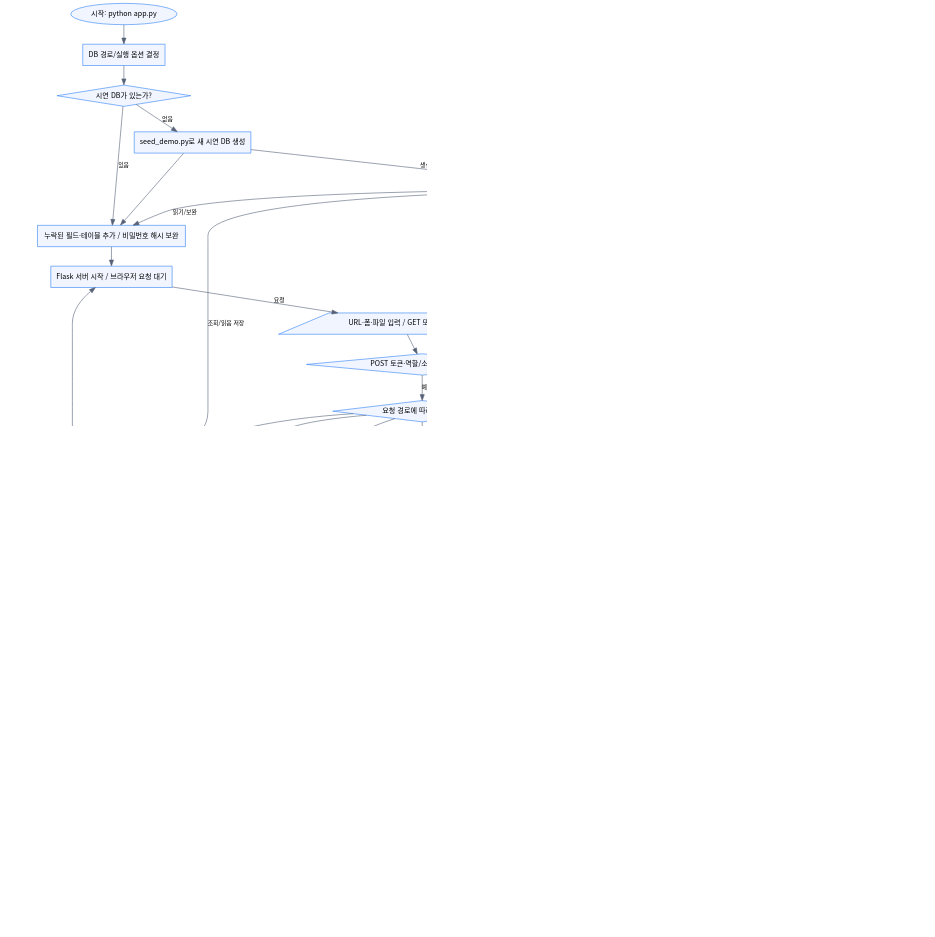
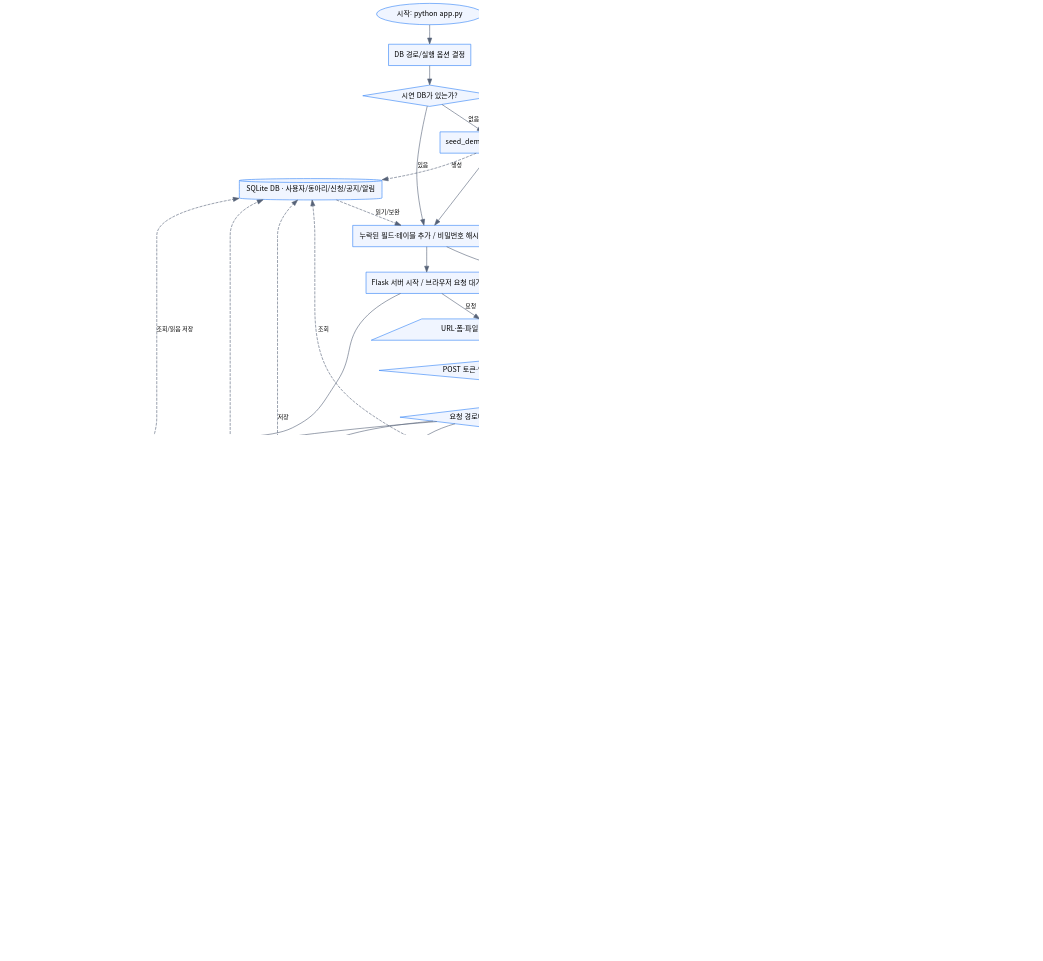
The diagram in projects/kdu-club/submission/01_flowchart/flowchart.dot (jongjong123alt/testest), drawn with Graphviz before and after one commit. The commit also changed 7 other files, not shown here.

Commit message:
Clarify flowchart data links and startup error paths

```diff
--- a/projects/kdu-club/submission/01_flowchart/flowchart.dot
+++ b/projects/kdu-club/submission/01_flowchart/flowchart.dot
@@ -1,81 +1,88 @@
 digraph flow {
+graph [label="실선: 제어 흐름 / 점선: 데이터 조회·저장",fontname="Noto Sans CJK KR",fontsize=14,labelloc=b];
 graph [rankdir=TB,bgcolor="white",nodesep=0.35,ranksep=0.45,dpi=160];
 node [fontname="Noto Sans CJK KR",fontsize=12,style="filled",fillcolor="#F0F5FF",color="#3182F6",margin="0.12,0.08"];
 edge [fontname="Noto Sans CJK KR",fontsize=10,color="#566277"];
 S [label="시작: python app.py",shape=oval];
 D [label="DB 경로/실행 옵션 결정",shape=box];
 E [label="시연 DB가 있는가?",shape=diamond];
 SE [label="seed_demo.py로 새 시연 DB 생성",shape=box];
 DB [label="SQLite DB · 사용자/동아리/신청/공지/알림",shape=cylinder];
 MG [label="누락된 필드·테이블 추가 / 비밀번호 해시 보완",shape=box];
 RUN [label="Flask 서버 시작 / 브라우저 요청 대기",shape=box];
 IN [label="URL·폼·파일 입력 / GET 또는 POST",shape=parallelogram];
 CS [label="POST 토큰·역할/소유자 권한 유효?",shape=diamond];
 ERR [label="400/403/404/409/413 오류 또는 입력 오류 안내",shape=parallelogram];
 MENU [label="요청 경로에 따라 기능 선택",shape=diamond];
 LOGIN [label="로그인/회원가입: 입력 검증·비밀번호 해시 확인",shape=box];
 ROLE [label="로그인 성공? / 학생·교수 역할 구분",shape=diamond];
 ST [label="학생: 탐색·내 활동·알림",shape=box];
 PR [label="교수: 개설 신청 검토",shape=box];
 SEARCH [label="목록·상세: 검색/필터·찜·일정·질문 조회",shape=box];
 APPLY [label="가입 신청/취소: 모집 중·중복·대기 여부 검사",shape=box];
 CREATE [label="개설/재신청: 이름·분야·소개 검증 / PDF 선택",shape=box];
 OWNER [label="개설자: 모집·부원·공지·일정·Q&A 관리",shape=box];
 VAL [label="입력·첨부 형식/용량·정원·상태 조건 충족?",shape=diamond];
 TX [label="DB 변경 / 필요한 파일 저장 / 실패 시 롤백",shape=box];
 NOTIFY [label="심사 대기 상태 변경인가?",shape=diamond];
 N [label="신청자에게 결과 알림 1회 기록",shape=box];
 VIEW [label="HTML/JSON 응답 / 화면 이동",shape=parallelogram];
 READ [label="알림 조회·읽음: 사용자별 범위 확인",shape=box];
 LOGOUT [label="로그아웃: 세션 삭제 후 초기 화면",shape=box];
 ENDQ [label="서버 종료 요청(Ctrl+C)?",shape=diamond];
 END [label="요청 DB 연결 종료 / 서버 중단",shape=oval];
 S -> D;
 D -> E;
 E -> SE [label="없음"];
 E -> MG [label="있음"];
 SE -> MG;
-SE -> DB [label="생성"];
-DB -> MG [label="읽기/보완"];
+SE -> DB [label="생성",style=dashed];
+DB -> MG [label="읽기/보완",style=dashed];
 MG -> RUN;
 RUN -> IN [label="요청"];
 IN -> CS;
 CS -> ERR [label="아니오"];
 CS -> MENU [label="예 또는 일반 GET"];
 MENU -> LOGIN [label="로그인/가입"];
 LOGIN -> ROLE;
 ROLE -> ERR [label="실패"];
 ROLE -> ST [label="학생"];
 ROLE -> PR [label="교수"];
 ST -> VIEW;
-PR -> VIEW [label="조회"];
+PR -> VIEW [label="조회",style=dashed];
 PR -> VAL [label="심사 POST"];
 MENU -> SEARCH [label="탐색/상세"];
-SEARCH -> DB [label="조회"];
+SEARCH -> DB [label="조회",style=dashed];
 SEARCH -> VIEW;
 MENU -> APPLY [label="가입/취소"];
 MENU -> CREATE [label="개설/재신청"];
 MENU -> OWNER [label="동아리 관리"];
 APPLY -> VAL;
 CREATE -> VAL;
 OWNER -> VAL [label="변경 POST"];
 OWNER -> VIEW [label="조회 GET"];
 VAL -> ERR [label="아니오"];
 VAL -> TX [label="예"];
-TX -> DB [label="저장"];
+TX -> DB [label="저장",style=dashed];
 TX -> ERR [label="예외 / 롤백"];
 TX -> NOTIFY [label="성공"];
 NOTIFY -> N [label="심사 상태 변경"];
 NOTIFY -> VIEW [label="일반 저장/이미 처리됨"];
-N -> DB [label="알림 저장"];
+N -> DB [label="알림 저장",style=dashed];
 N -> VIEW;
 MENU -> READ [label="알림"];
-READ -> DB [label="조회/읽음 저장"];
+READ -> DB [label="조회/읽음 저장",style=dashed];
 READ -> VIEW;
 MENU -> LOGOUT [label="로그아웃"];
 LOGOUT -> VIEW;
 ERR -> VIEW [label="입력 유지 / 안내"];
 VIEW -> ENDQ [label="요청 DB 연결 닫기"];
 ENDQ -> RUN [label="계속"];
 ENDQ -> END [label="종료"];
+BOOTERR [label="시작 단계 오류를 터미널에 출력",shape=parallelogram];
+BOOTEND [label="서버 시작 중단",shape=oval];
+SE -> BOOTERR [label="생성 실패"];
+MG -> BOOTERR [label="DB 보완 실패"];
+BOOTERR -> BOOTEND;
+RUN -> END [label="Ctrl+C"];
 }
```
